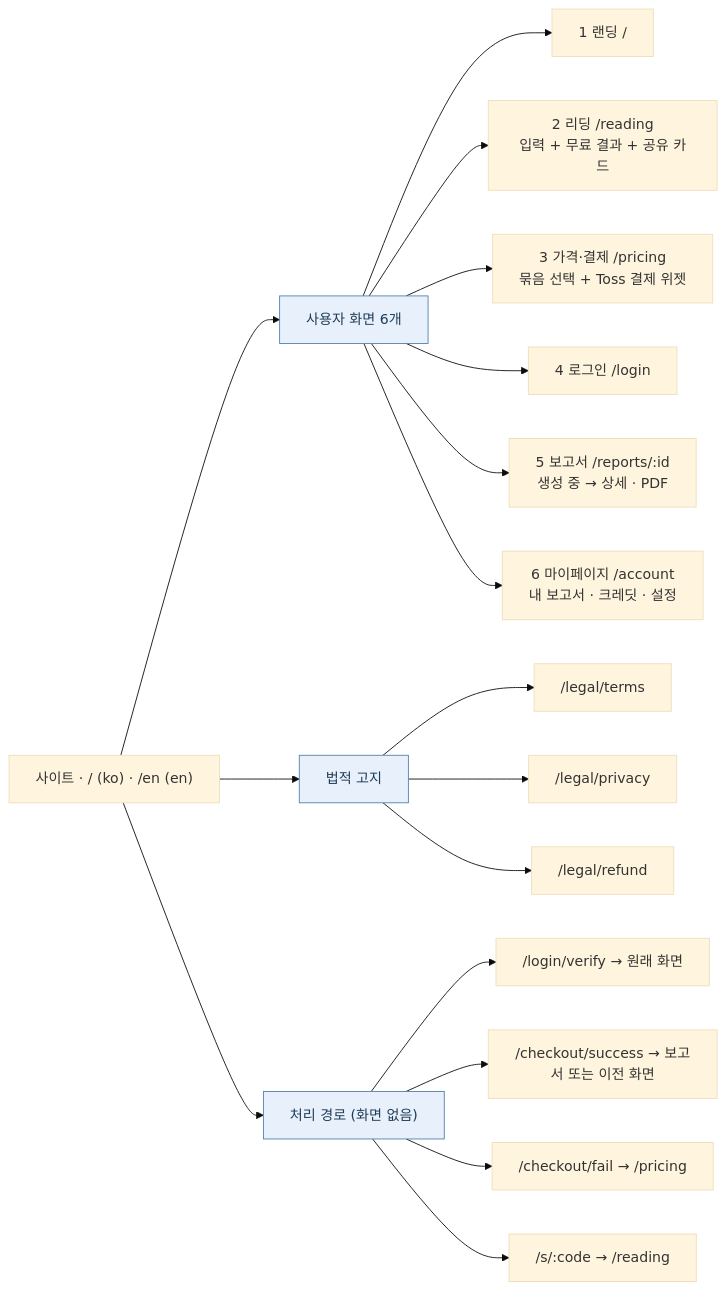
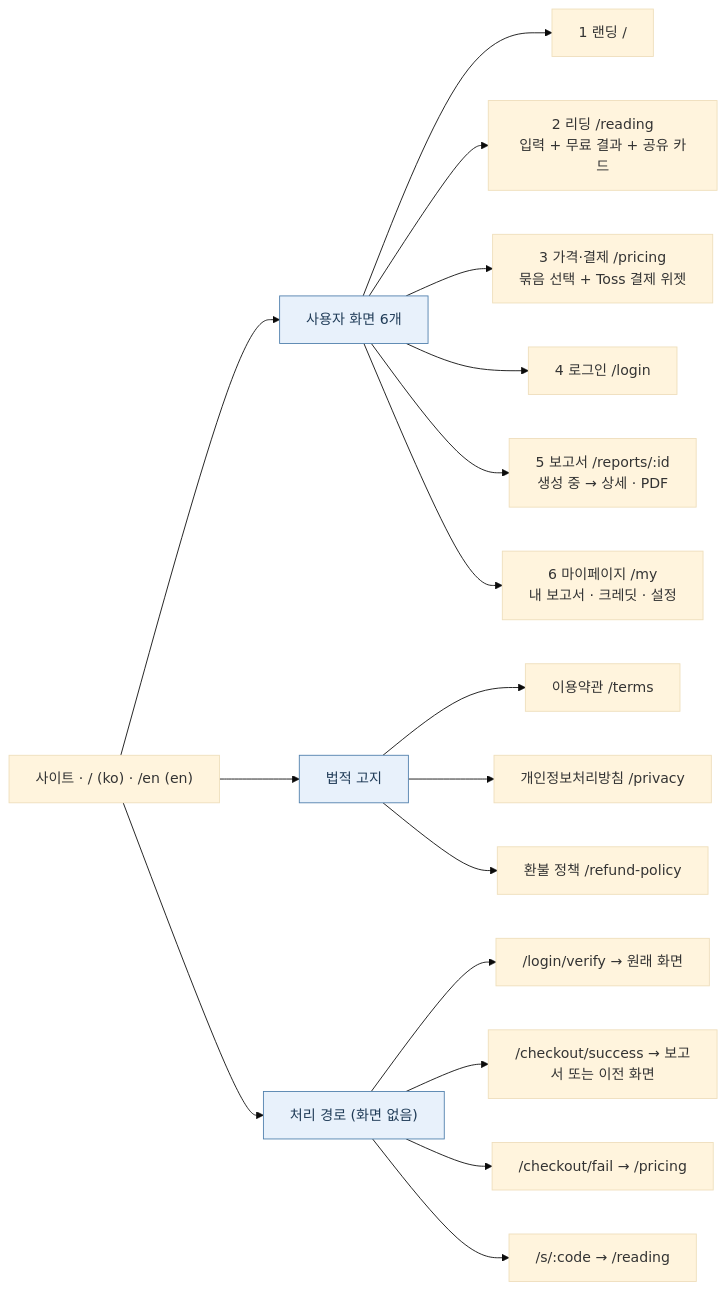
One commit to Dae-Jeong/k-saju changed the diagram in docs/sitemap.md. Above: the diagram before and after it, drawn with Mermaid (base theme). The commit also changed other lines of this file, not shown here.

Commit message:
docs: use /my and conventional legal routes

````diff
--- a/docs/sitemap.md
+++ b/docs/sitemap.md
@@ -7,27 +7,27 @@
 ```mermaid
 flowchart LR
     Root["사이트 · / (ko) · /en (en)"]
 
     Root --> Screens["사용자 화면 6개"]
     Root --> Legal["법적 고지"]
     Root --> Handlers["처리 경로 (화면 없음)"]
 
     Screens --> Landing["1 랜딩 /"]
     Screens --> Reading["2 리딩 /reading<br/>입력 + 무료 결과 + 공유 카드"]
     Screens --> Pricing["3 가격·결제 /pricing<br/>묶음 선택 + Toss 결제 위젯"]
     Screens --> Login["4 로그인 /login"]
     Screens --> Report["5 보고서 /reports/:id<br/>생성 중 → 상세 · PDF"]
-    Screens --> Account["6 마이페이지 /account<br/>내 보고서 · 크레딧 · 설정"]
+    Screens --> Account["6 마이페이지 /my<br/>내 보고서 · 크레딧 · 설정"]
 
-    Legal --> Terms["/legal/terms"]
-    Legal --> Privacy["/legal/privacy"]
-    Legal --> Refund["/legal/refund"]
+    Legal --> Terms["이용약관 /terms"]
+    Legal --> Privacy["개인정보처리방침 /privacy"]
+    Legal --> Refund["환불 정책 /refund-policy"]
 
     Handlers --> Verify["/login/verify → 원래 화면"]
     Handlers --> PayOk["/checkout/success → 보고서 또는 이전 화면"]
     Handlers --> PayFail["/checkout/fail → /pricing"]
     Handlers --> ShareLink["/s/:code → /reading"]
 
     classDef group fill:#e8f1fb,stroke:#4f7fac,color:#1f3b57
     class Screens,Legal,Handlers group
 ```
````
